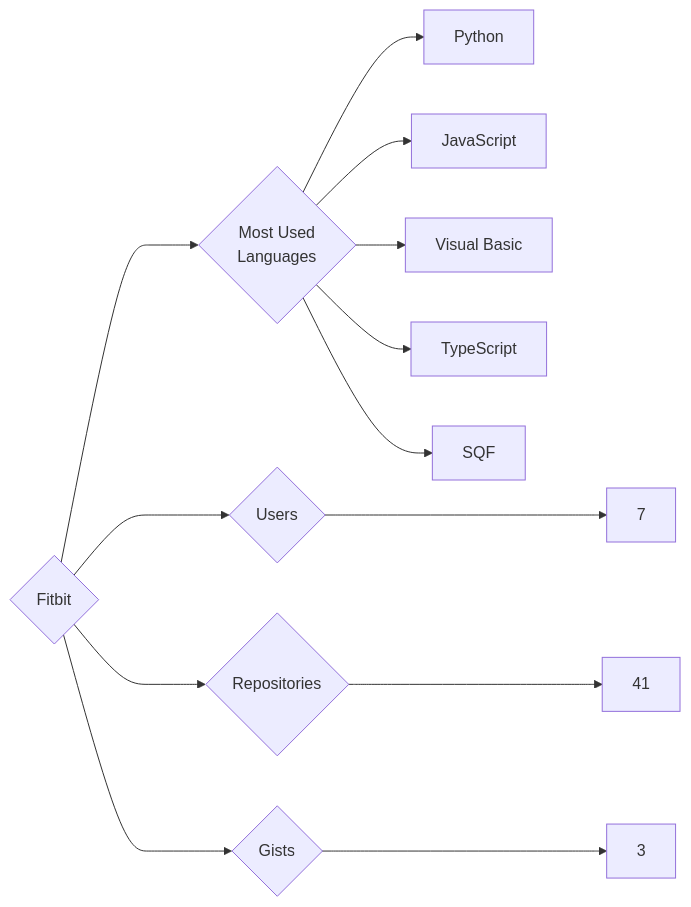
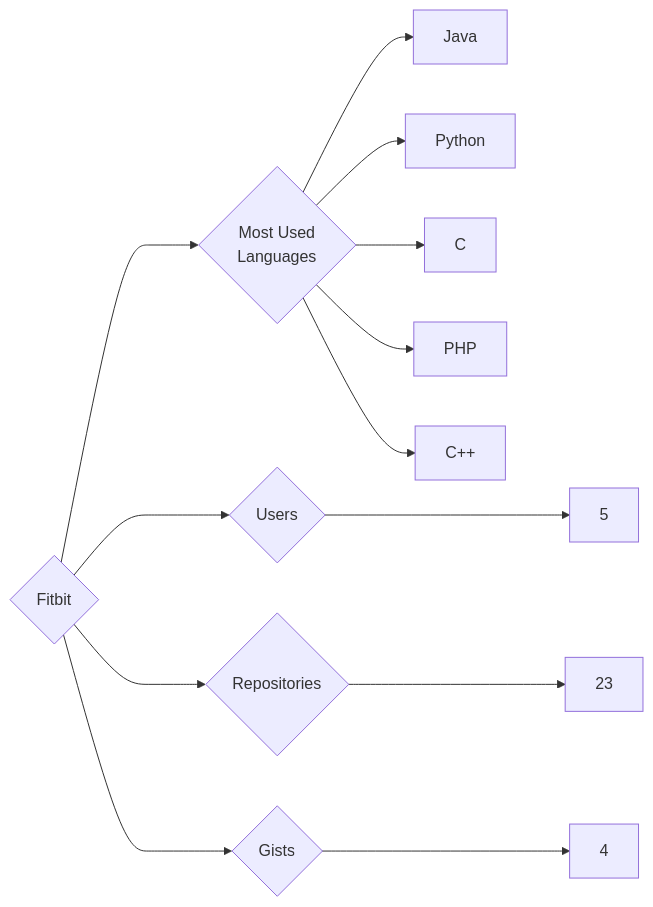
The diagram in targets/Fitbit/README.md (trickest/insiders), drawn with Mermaid before and after one commit. The commit also changed 1088 other files, not shown here.

````diff
--- a/targets/Fitbit/README.md
+++ b/targets/Fitbit/README.md
@@ -3,13 +3,13 @@
 ```mermaid
 graph LR
 COMPANY_NAME{Fitbit}
-COMPANY_NAME ---> U{Users} ---> UN[7]
-COMPANY_NAME ---> R{Repositories} ---> RN[41]
-COMPANY_NAME ---> G{Gists} ---> GN[3]
+COMPANY_NAME ---> U{Users} ---> UN[5]
+COMPANY_NAME ---> R{Repositories} ---> RN[23]
+COMPANY_NAME ---> G{Gists} ---> GN[4]
 COMPANY_NAME ---> ML{Most Used<br>Languages}
+ML --> Java[Java]
 ML --> Python[Python]
-ML --> JavaScript[JavaScript]
-ML --> Visual_Basic[Visual Basic]
-ML --> TypeScript[TypeScript]
-ML --> SQF[SQF]
+ML --> C[C]
+ML --> PHP[PHP]
+ML --> C++[C++]
 ```
````
